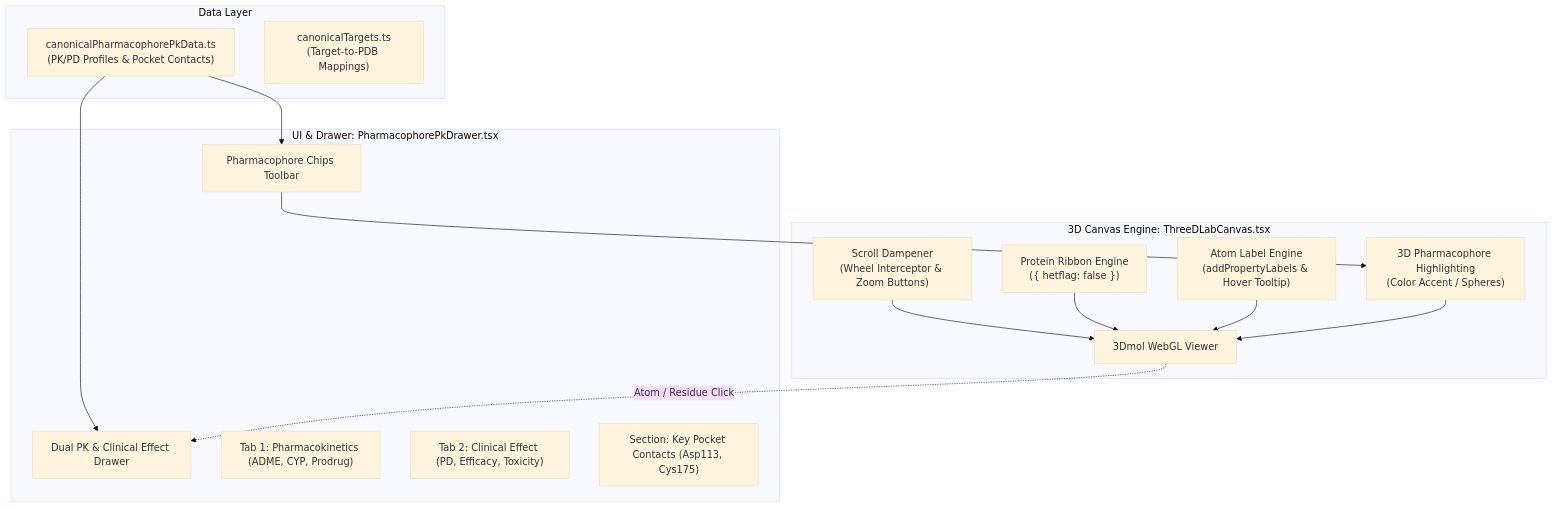
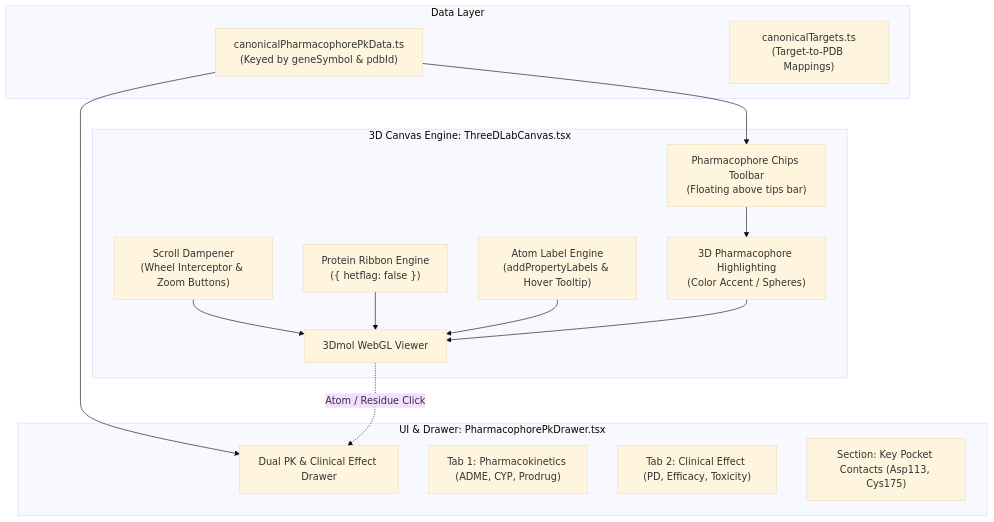
One commit to timmyg00123-cell/mcp-review- changed the diagram in docs/superpowers/specs/2026-11-13-3d-lab-pharmacophore-pk-and-controls-design.md. Above: the diagram before and after it, drawn with Mermaid (base theme). The commit also changed other lines of this file, not shown here.

````diff
--- a/docs/superpowers/specs/2026-11-13-3d-lab-pharmacophore-pk-and-controls-design.md
+++ b/docs/superpowers/specs/2026-11-13-3d-lab-pharmacophore-pk-and-controls-design.md
@@ -52,32 +52,32 @@
 ```mermaid
 flowchart TD
   subgraph Data Layer
-    A["canonicalPharmacophorePkData.ts<br/>(PK/PD Profiles & Pocket Contacts)"]
+    A["canonicalPharmacophorePkData.ts<br/>(Keyed by geneSymbol & pdbId)"]
     B["canonicalTargets.ts<br/>(Target-to-PDB Mappings)"]
   end
 
   subgraph 3D Canvas Engine: ThreeDLabCanvas.tsx
     C["3Dmol WebGL Viewer"]
     D["Scroll Dampener<br/>(Wheel Interceptor & Zoom Buttons)"]
     E["Protein Ribbon Engine<br/>({ hetflag: false })"]
     F["Atom Label Engine<br/>(addPropertyLabels & Hover Tooltip)"]
     G["3D Pharmacophore Highlighting<br/>(Color Accent / Spheres)"]
+    H["Pharmacophore Chips Toolbar<br/>(Floating above tips bar)"]
   end
 
   subgraph UI & Drawer: PharmacophorePkDrawer.tsx
-    H["Pharmacophore Chips Toolbar"]
     I["Dual PK & Clinical Effect Drawer"]
     I1["Tab 1: Pharmacokinetics (ADME, CYP, Prodrug)"]
     I2["Tab 2: Clinical Effect (PD, Efficacy, Toxicity)"]
     I3["Section: Key Pocket Contacts (Asp113, Cys175)"]
   end
 
   A --> H
   A --> I
   H --> G
   D --> C
   E --> C
   F --> C
   G --> C
   C -.->|Atom / Residue Click| I
 ```
````
